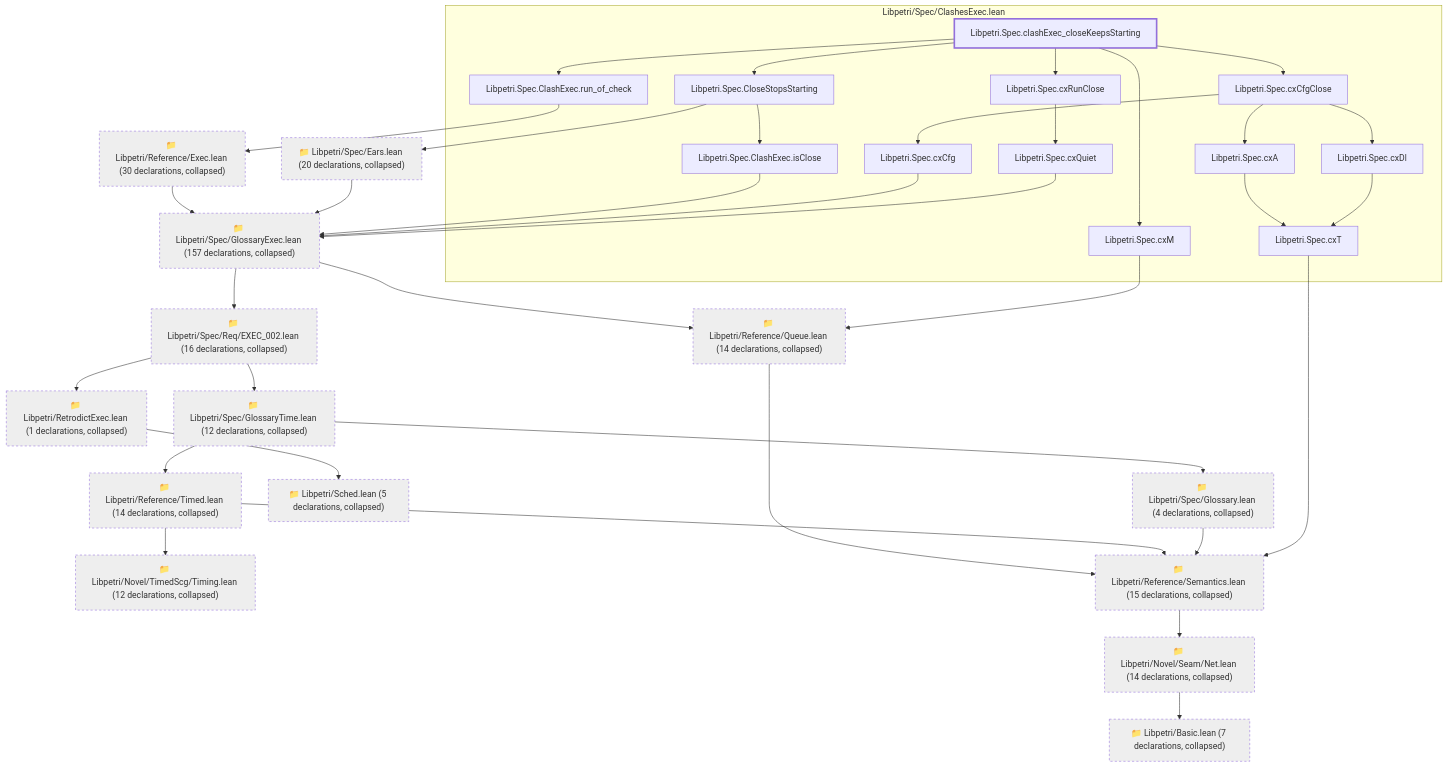
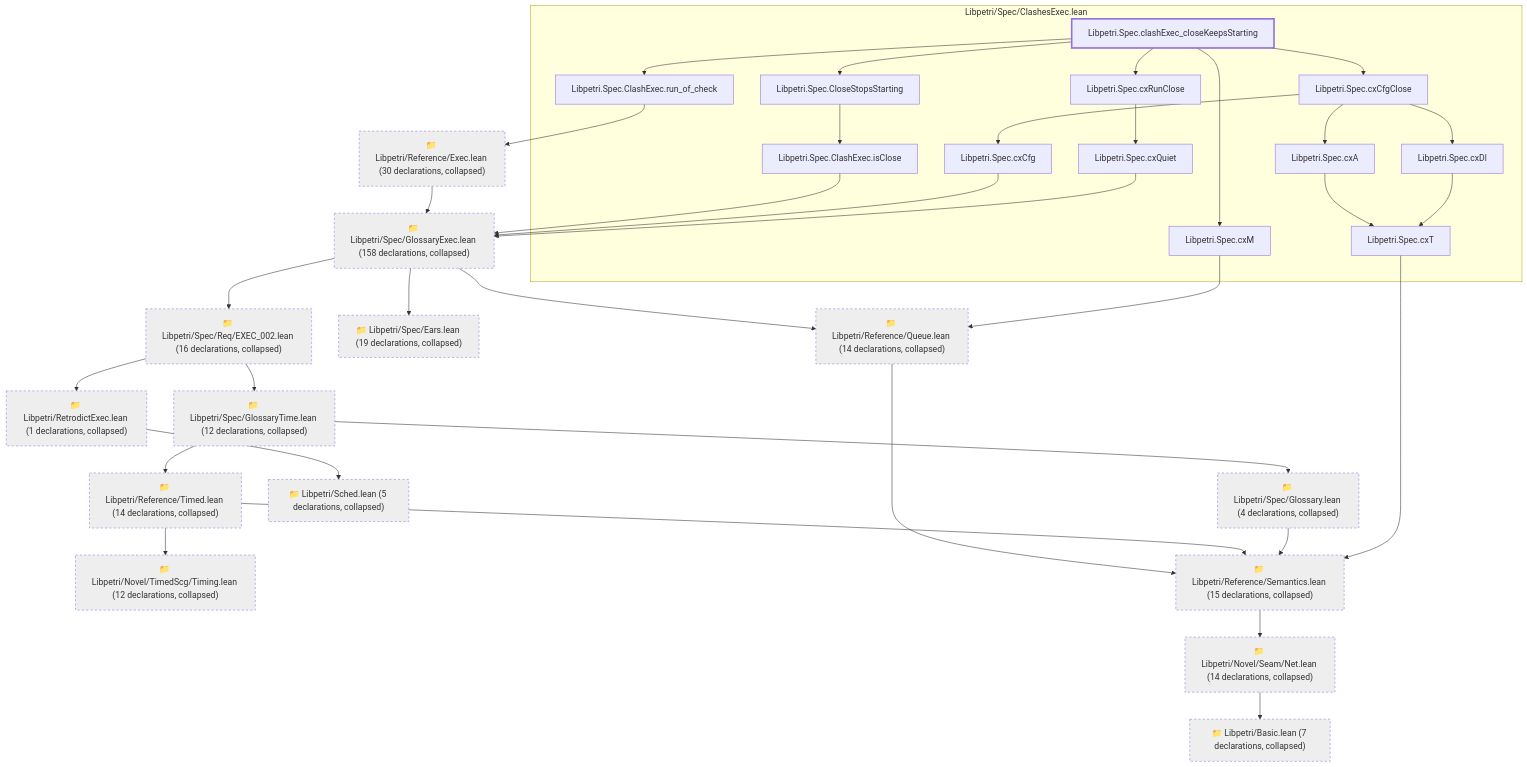
Before and after one commit to debe/libpetri: the diagram in lean/graph/requirements/ENV-013.md, drawn with Mermaid. The commit also changed 226 other files, not shown here.

First line of the commit message:
feat(spec): the index, glossary and runtime ledger are generated from Lean

````diff
--- a/lean/graph/requirements/ENV-013.md
+++ b/lean/graph/requirements/ENV-013.md
@@ -13,70 +13,69 @@
 ```mermaid
 flowchart TD
   subgraph g0["Libpetri/Spec/ClashesExec.lean"]
     n5952["Libpetri.Spec.ClashExec.isClose"]
     n5954["Libpetri.Spec.ClashExec.run_of_check"]
     n5983["Libpetri.Spec.CloseStopsStarting"]
-    n12554["Libpetri.Spec.clashExec_closeKeepsStarting"]
-    n14284["Libpetri.Spec.cxA"]
-    n14286["Libpetri.Spec.cxCfg"]
-    n14287["Libpetri.Spec.cxCfgClose"]
-    n14292["Libpetri.Spec.cxDl"]
-    n14294["Libpetri.Spec.cxM"]
-    n14296["Libpetri.Spec.cxQuiet"]
-    n14297["Libpetri.Spec.cxRunClose"]
-    n14306["Libpetri.Spec.cxT"]
+    n12653["Libpetri.Spec.clashExec_closeKeepsStarting"]
+    n14383["Libpetri.Spec.cxA"]
+    n14385["Libpetri.Spec.cxCfg"]
+    n14386["Libpetri.Spec.cxCfgClose"]
+    n14391["Libpetri.Spec.cxDl"]
+    n14393["Libpetri.Spec.cxM"]
+    n14395["Libpetri.Spec.cxQuiet"]
+    n14396["Libpetri.Spec.cxRunClose"]
+    n14405["Libpetri.Spec.cxT"]
   end
   c0["📁 Libpetri/Basic.lean (7 declarations, collapsed)"]
   c54["📁 Libpetri/Novel/Seam/Net.lean (14 declarations, collapsed)"]
   c66["📁 Libpetri/Novel/TimedScg/Timing.lean (12 declarations, collapsed)"]
   c80["📁 Libpetri/Reference/Exec.lean (30 declarations, collapsed)"]
   c91["📁 Libpetri/Reference/Queue.lean (14 declarations, collapsed)"]
   c94["📁 Libpetri/Reference/Semantics.lean (15 declarations, collapsed)"]
   c98["📁 Libpetri/Reference/Timed.lean (14 declarations, collapsed)"]
   c103["📁 Libpetri/RetrodictExec.lean (1 declarations, collapsed)"]
   c109["📁 Libpetri/Sched.lean (5 declarations, collapsed)"]
-  c131["📁 Libpetri/Spec/Ears.lean (20 declarations, collapsed)"]
-  c132["📁 Libpetri/Spec/Glossary.lean (4 declarations, collapsed)"]
-  c139["📁 Libpetri/Spec/GlossaryExec.lean (157 declarations, collapsed)"]
-  c146["📁 Libpetri/Spec/GlossaryTime.lean (12 declarations, collapsed)"]
-  c232["📁 Libpetri/Spec/Req/EXEC_002.lean (16 declarations, collapsed)"]
+  c131["📁 Libpetri/Spec/Ears.lean (19 declarations, collapsed)"]
+  c133["📁 Libpetri/Spec/Glossary.lean (4 declarations, collapsed)"]
+  c140["📁 Libpetri/Spec/GlossaryExec.lean (158 declarations, collapsed)"]
+  c147["📁 Libpetri/Spec/GlossaryTime.lean (12 declarations, collapsed)"]
+  c234["📁 Libpetri/Spec/Req/EXEC_002.lean (16 declarations, collapsed)"]
   c54 --> c0
-  c80 --> c139
+  c80 --> c140
   c91 --> c94
   c94 --> c54
   c98 --> c66
   c98 --> c94
   c103 --> c109
-  c131 --> c139
-  c132 --> c94
-  c139 --> c91
-  c139 --> c232
-  c146 --> c98
-  c146 --> c132
-  c232 --> c103
-  c232 --> c146
-  n5952 --> c139
+  c133 --> c94
+  c140 --> c91
+  c140 --> c131
+  c140 --> c234
+  c147 --> c98
+  c147 --> c133
+  c234 --> c103
+  c234 --> c147
+  n5952 --> c140
   n5954 --> c80
-  n5983 --> c131
   n5983 --> n5952
-  n12554 --> n5954
-  n12554 --> n5983
-  n12554 --> n14287
-  n12554 --> n14294
-  n12554 --> n14297
-  n14284 --> n14306
-  n14286 --> c139
-  n14287 --> n14284
-  n14287 --> n14286
-  n14287 --> n14292
-  n14292 --> n14306
-  n14294 --> c91
-  n14296 --> c139
-  n14297 --> n14296
-  n14306 --> c94
+  n12653 --> n5954
+  n12653 --> n5983
+  n12653 --> n14386
+  n12653 --> n14393
+  n12653 --> n14396
+  n14383 --> n14405
+  n14385 --> c140
+  n14386 --> n14383
+  n14386 --> n14385
+  n14386 --> n14391
+  n14391 --> n14405
+  n14393 --> c91
+  n14395 --> c140
+  n14396 --> n14395
+  n14405 --> c94
   classDef root stroke-width:3px
   classDef locked fill:#fff3cd,stroke:#b8860b
   classDef collapsed fill:#eeeeee,stroke-dasharray:4 4
-  class n12554 root
-  class c0,c54,c66,c80,c91,c94,c98,c103,c109,c131,c132,c139,c146,c232 collapsed
+  class n12653 root
+  class c0,c54,c66,c80,c91,c94,c98,c103,c109,c131,c133,c140,c147,c234 collapsed
 ```
````
